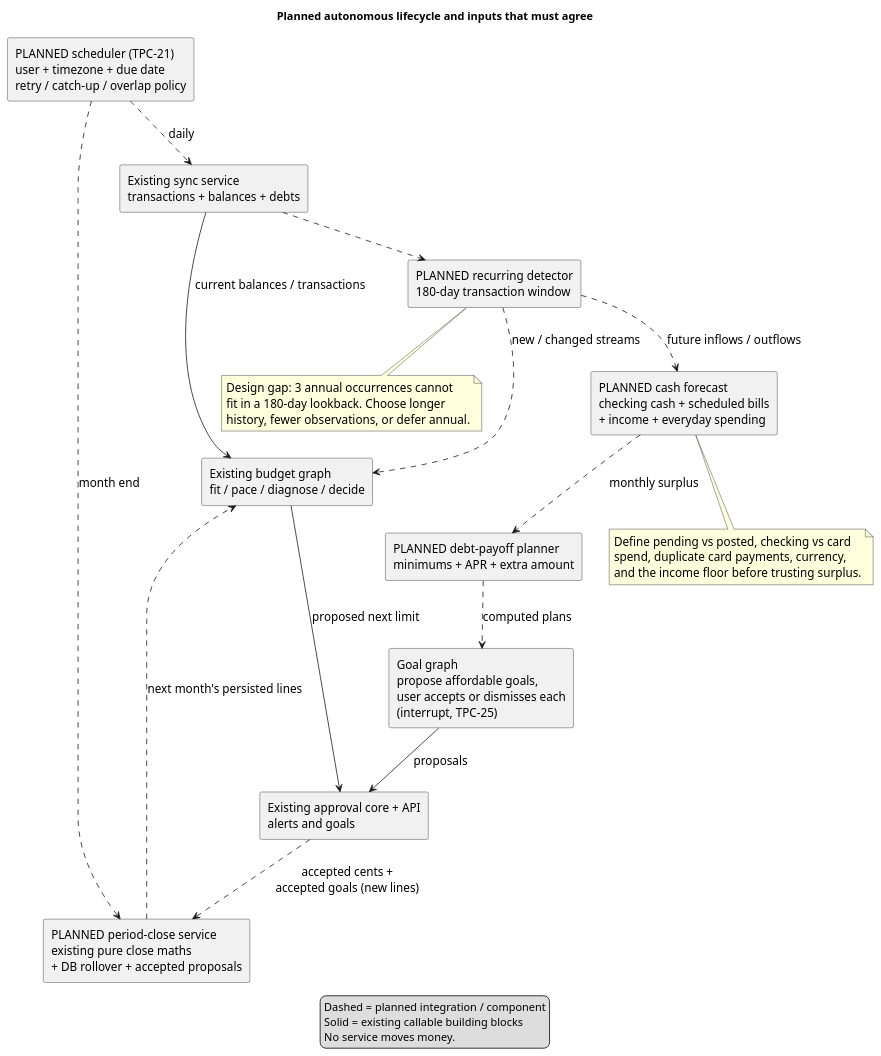
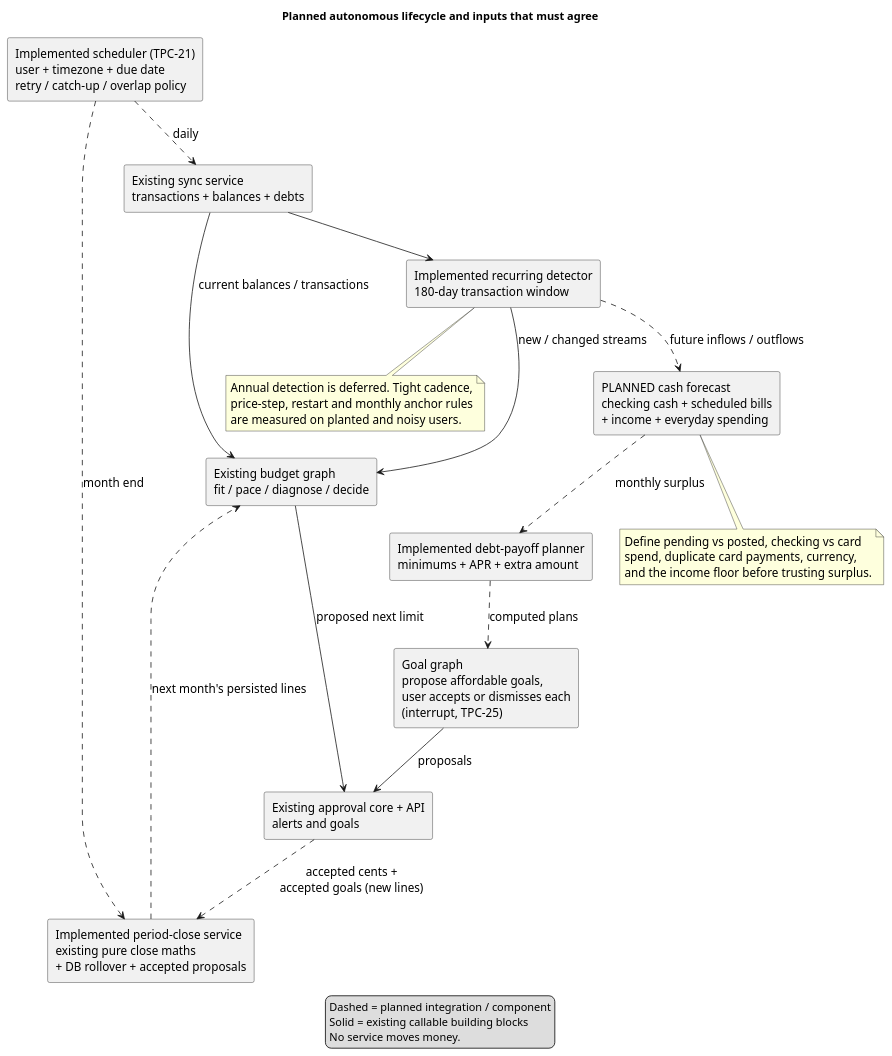
Before and after one commit to Del0m/Agentic-Financial-Dashboard: the diagram in docs/diagrams/remaining-lifecycle.puml, drawn with PlantUML. The commit also changed 19 other files, not shown here.

Commit message:
docs(TPC-33): recurring streams end to end, docs and manual verification

```diff
--- a/docs/diagrams/remaining-lifecycle.puml
+++ b/docs/diagrams/remaining-lifecycle.puml
@@ -1,44 +1,44 @@
 @startuml
 title Planned autonomous lifecycle and inputs that must agree
 top to bottom direction
 skinparam shadowing false
 skinparam componentStyle rectangle
 skinparam defaultFontName SansSerif
 skinparam defaultFontSize 15
-component "PLANNED scheduler (TPC-21)\nuser + timezone + due date\nretry / catch-up / overlap policy" as schedule
+component "Implemented scheduler (TPC-21)\nuser + timezone + due date\nretry / catch-up / overlap policy" as schedule
 component "Existing sync service\ntransactions + balances + debts" as sync
 component "Existing budget graph\nfit / pace / diagnose / decide" as budget
-component "PLANNED recurring detector\n180-day transaction window" as recurring
+component "Implemented recurring detector\n180-day transaction window" as recurring
 component "PLANNED cash forecast\nchecking cash + scheduled bills\n+ income + everyday spending" as forecast
-component "PLANNED debt-payoff planner\nminimums + APR + extra amount" as payoff
+component "Implemented debt-payoff planner\nminimums + APR + extra amount" as payoff
 component "Goal graph\npropose affordable goals,\nuser accepts or dismisses each\n(interrupt, TPC-25)" as goal
 component "Existing approval core + API\nalerts and goals" as approval
-component "PLANNED period-close service\nexisting pure close maths\n+ DB rollover + accepted proposals" as close
+component "Implemented period-close service\nexisting pure close maths\n+ DB rollover + accepted proposals" as close
 schedule ..> sync : daily
 sync --> budget : current balances / transactions
-sync ..> recurring
+sync --> recurring
 recurring ..> forecast : future inflows / outflows
-recurring ..> budget : new / changed streams
+recurring --> budget : new / changed streams
 forecast ..> payoff : monthly surplus
 payoff ..> goal : computed plans
 goal --> approval : proposals
 budget --> approval : proposed next limit
 schedule ..> close : month end
 approval ..> close : accepted cents +\naccepted goals (new lines)
 close ..> budget : next month's persisted lines
 note bottom of recurring
-Design gap: 3 annual occurrences cannot
-fit in a 180-day lookback. Choose longer
-history, fewer observations, or defer annual.
+Annual detection is deferred. Tight cadence,
+price-step, restart and monthly anchor rules
+are measured on planted and noisy users.
 end note
 note bottom of forecast
 Define pending vs posted, checking vs card
 spend, duplicate card payments, currency,
 and the income floor before trusting surplus.
 end note
 legend bottom
 Dashed = planned integration / component
 Solid = existing callable building blocks
 No service moves money.
 endlegend
 @enduml
```
